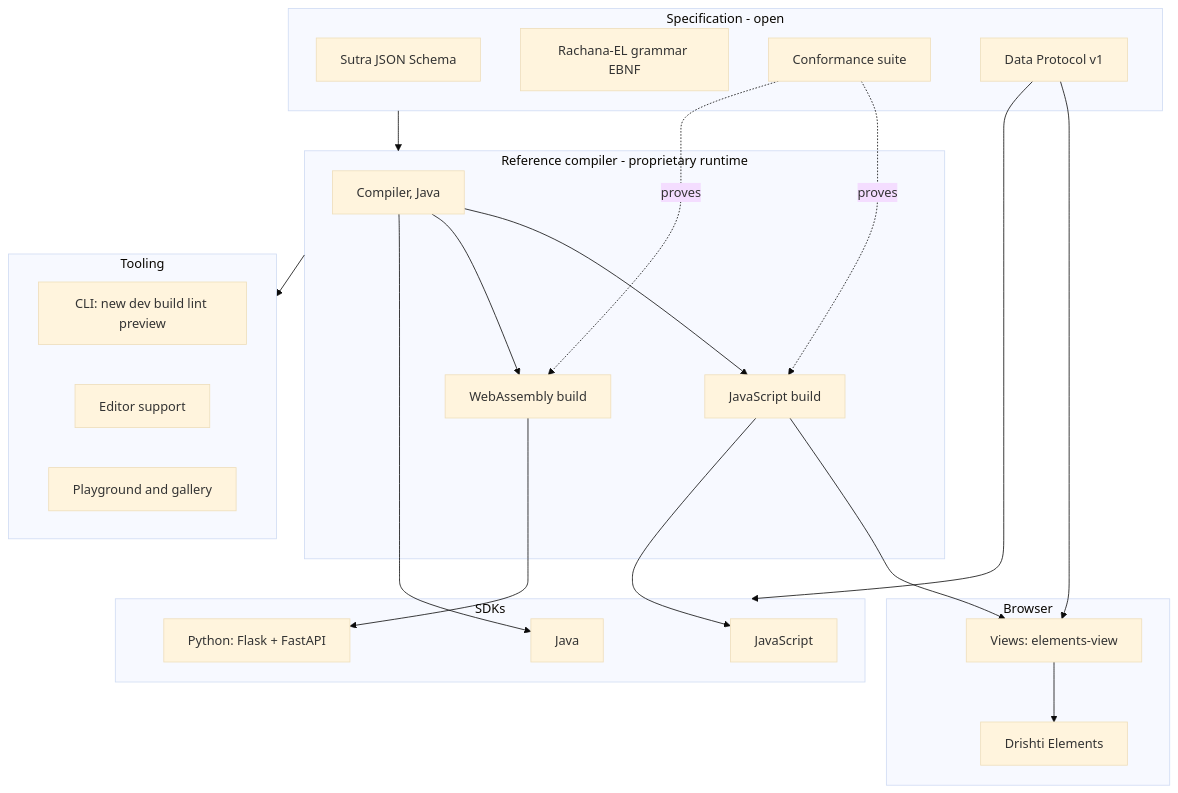
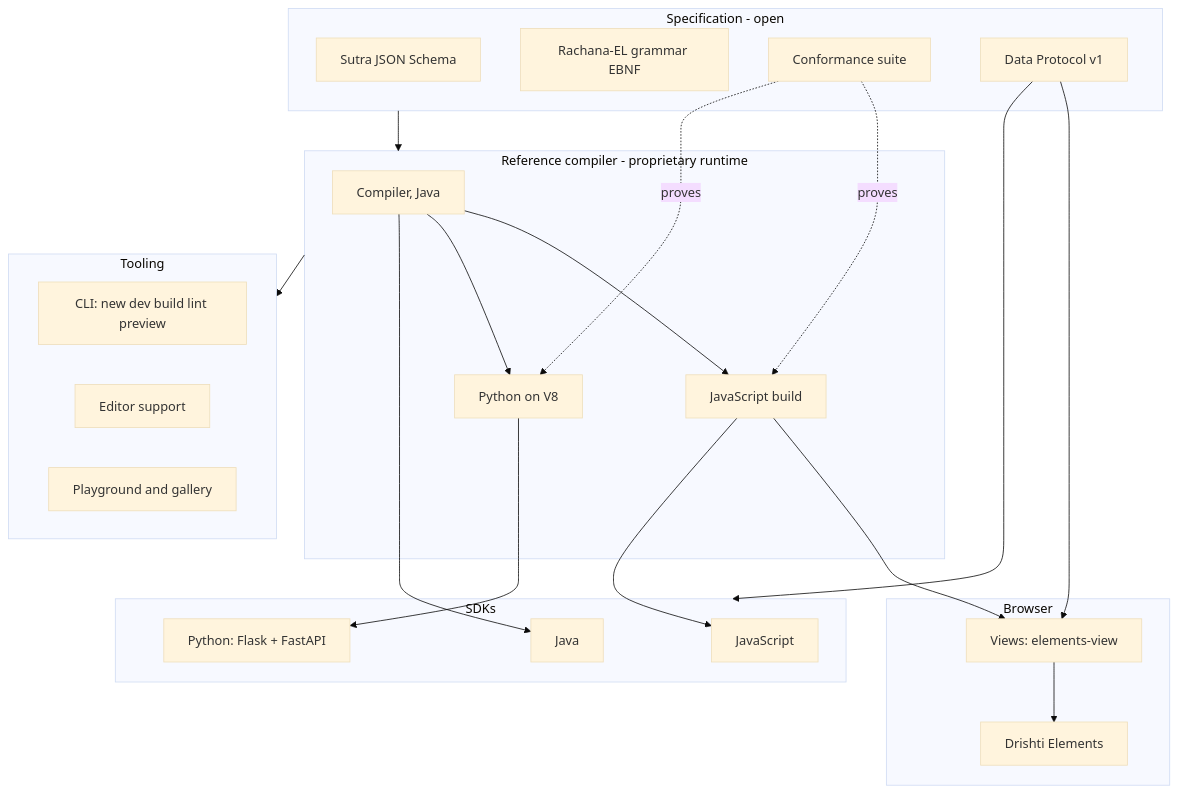
The first of 5 diagrams in docs/ARCHITECTURE.md (ajsinha/drishti-rachana), drawn with Mermaid (base theme) before and after one commit. The commit also changed other lines of this file and 6 other files, not shown here.

Commit message:
F5, F6: the migration list holds every API removal (liveSource, timeoutNanos); ROADMAP, README, ARCHITECTURE, OVERVIEW say Python runs the JavaScript bundle on V8; DECISIONS holds W-1, P1-1 to P1-3, P2-1; FunctionProvider Javadoc current

````diff
--- a/docs/ARCHITECTURE.md
+++ b/docs/ARCHITECTURE.md
@@ -10,41 +10,41 @@
 ```mermaid
 flowchart TB
   subgraph Spec[Specification - open]
     SCH[Sutra JSON Schema]
     EBNF[Rachana-EL grammar EBNF]
     CONF[Conformance suite]
     DP[Data Protocol v1]
   end
   subgraph Core[Reference compiler - proprietary runtime]
     JVM[Compiler, Java]
     JS[JavaScript build]
-    WASM[WebAssembly build]
+    V8[Python on V8]
   end
   subgraph Front[Browser]
     VIEWS[Views: elements-view]
     EL[Drishti Elements]
   end
   subgraph SDK[SDKs]
     SJ[Java]
     SJS[JavaScript]
     SPY[Python: Flask + FastAPI]
   end
   subgraph Tool[Tooling]
     CLI[CLI: new dev build lint preview]
     ED[Editor support]
     PG[Playground and gallery]
   end
   Spec --> Core
   CONF -. proves .-> JS
-  CONF -. proves .-> WASM
+  CONF -. proves .-> V8
   JVM --> JS
-  JVM --> WASM
+  JVM --> V8
   JS --> VIEWS
   VIEWS --> EL
   JS --> SJS
-  WASM --> SPY
+  V8 --> SPY
   JVM --> SJ
   Core --> Tool
   DP --> SDK
   DP --> VIEWS
 ```
````
